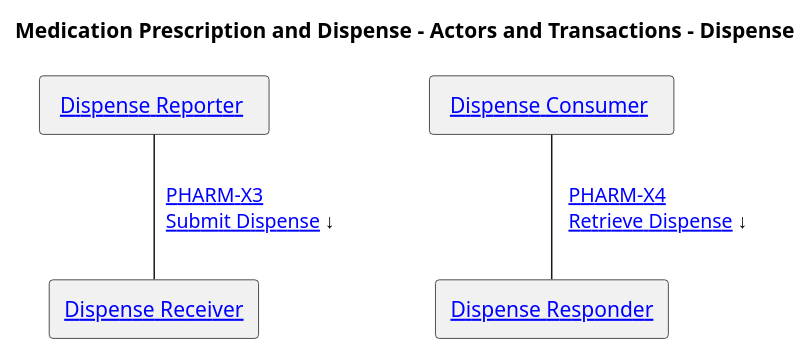
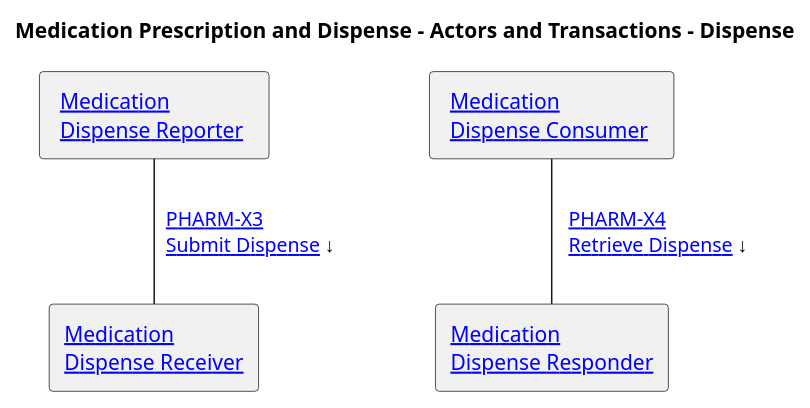
Before and after one commit to IHE/pharm-mpd: the diagram in input/images-source/actors-transactions-dispense.plantuml, drawn with PlantUML. The commit also changed 5 other files, not shown here.

```diff
--- a/input/images-source/actors-transactions-dispense.plantuml
+++ b/input/images-source/actors-transactions-dispense.plantuml
@@ -1,50 +1,48 @@
 @startuml
 '!include ./style.iuml
 skinparam linetype ortho
 skinparam linetype polyline
 
 title Medication Prescription and Dispense - Actors and Transactions - Dispense
 'agent "  [[actors_and_transactions.html#order-placer Order Placer ]]" as orderplacer 
 'agent " [[actors_and_transactions.html#order-receiver Order Receiver ]]" as orderreceiver 
 'agent " [[actors_and_transactions.html#order-receiver Order Responder ]]" as orderresponder 
 
-agent " [[actors_and_transactions.html#DispenseReporter Dispense Reporter  ]]" as OrderConsumer 
-agent " [[actors_and_transactions.html#DispenseConsumer Dispense Consumer  ]]" as dispenseconsumer 
-
-
-agent "[[actors_and_transactions.html#DipenseReceiver Dispense Receiver]]" as dispensereceiver
-agent "[[actors_and_transactions.html#DipenseResponder Dispense Responder]]" as dispenseresponder 
+agent " [[actors_and_transactions.html#DispenseReporter Medication\nDispense Reporter  ]]" as OrderConsumer 
+agent " [[actors_and_transactions.html#DispenseConsumer Medication\nDispense Consumer  ]]" as dispenseconsumer 
+agent "[[actors_and_transactions.html#DipenseReceiver Medication\nDispense Receiver]]" as dispensereceiver
+agent "[[actors_and_transactions.html#DipenseResponder Medication\nDispense Responder]]" as dispenseresponder 
 
 
 ' \n\n   [[PHARM-X2.html PHARM-M2 Supply Response/status]] ↑
 
 dispenseconsumer -d- dispenseresponder : "   [[PHARM-X4.html PHARM-X4\nRetrieve Dispense]] ↓       "
 
 
 'orderreceiver -r[hidden]- orderresponder : "\t\t\t "
 'orderreceiver -d[hidden]- dispenseresponder : "   "
 
 
 'orderresponder -d[hidden]- dispensereceiver
 'orderresponder -r[hidden]- dispensereceiver
 'orderresponder -r[hidden]- OrderConsumer
 
 'orderplacer -[hidden]r- OrderConsumer : "\t\t\t   "
 
 OrderConsumer -r[hidden]- dispenseconsumer: "\t\t     "
 
 dispensereceiver -r[hidden]- dispenseresponder : "\t\t\t"
 
 
 'orderresponder -u- OrderConsumer: "   [[PHARM-X1.html PHARM-X2\n GET Medication Orders]] ↑          "
 OrderConsumer -d- dispensereceiver: "  [[PHARM-X3.html PHARM-X3\nSubmit Dispense]] ↓  "
 
 ' → ↑ ← ↓
 
 'orderresponder -r- dispensereceiver:  "   [[PHARM-X2.html PHARM-X2 Dispense]]  ←   "
 ' dispensereceiver -r- dispenseresponder : ""
 
 'OrderConsumer -d- OrderConsumer : "   [[PHARM-M2.html PHARM-M2 Fetch Orders]] ←  "
 'dispenser -[hidden]r- invreporter : "\t\t\t\t\t "
 'invreporter -d- invmanager : "   [[PHARM-M5.html PHARM-M5 Inventory Status]] ↑                  \n\n   [[PHARM-M6.html PHARM-M6 Inventory Update]] ↓                 \n\n[[PHARM-M7.html PHARM-M7 Inventory Query]] ↓\t\t  "
 @enduml
```
